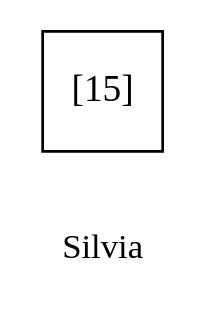
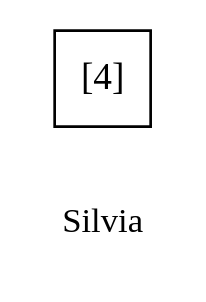
Before and after one commit to AhiezerRamirez/EDD_1S2020_PY1_201709062: the diagram in SilviaPunteos.dot, drawn with Graphviz. The commit also changed 33 other files, not shown here.

```diff
--- a/SilviaPunteos.dot
+++ b/SilviaPunteos.dot
@@ -1,3 +1,4 @@
 digraph G {node [shape = square]; 
  graph [rankdir=LR]; 
-_diagram_info [shape="plaintext", label="Silvia", fontsize=13]"[15]"}
+_diagram_info [shape="plaintext", label="Silvia", fontsize=13]"[4]"
+}
```
